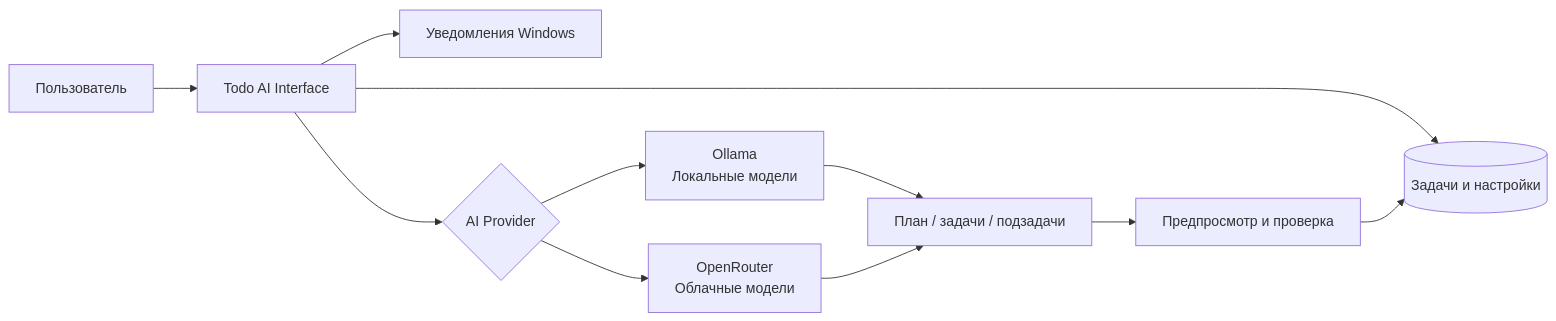
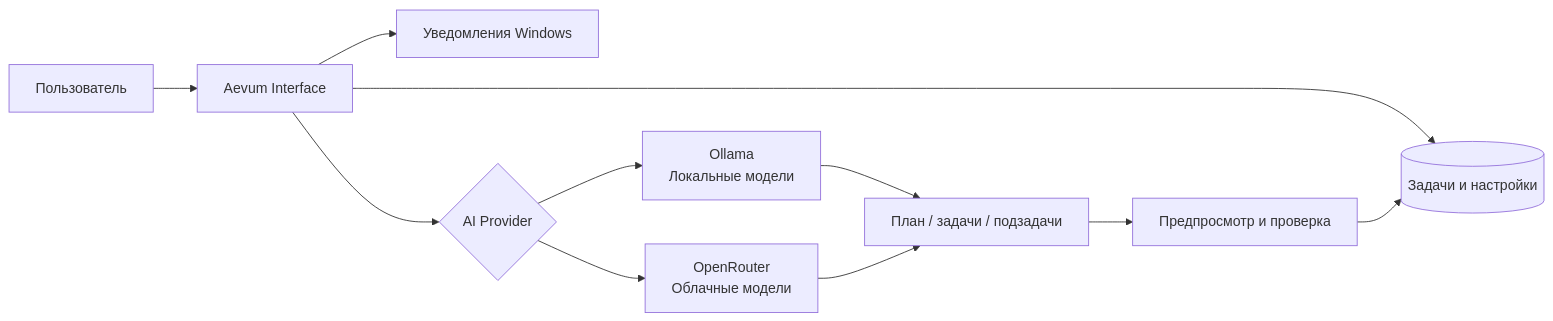
One commit to ArturKamnev/aevum changed the diagram in README.md. Above: the diagram before and after it, drawn with Mermaid. The commit also changed other lines of this file and 17 other files, not shown here.

Commit message:
Rebrand app to Aevum

````diff
--- a/README.md
+++ b/README.md
@@ -148,17 +148,17 @@
 ```mermaid
 flowchart LR
-    User[Пользователь] --> App[Todo AI Interface]
+    User[Пользователь] --> App[Aevum Interface]
 
     App --> Tasks[(Задачи и настройки)]
     App --> Alerts[Уведомления Windows]
     App --> AI{AI Provider}
 
     AI --> Local[Ollama<br/>Локальные модели]
     AI --> Cloud[OpenRouter<br/>Облачные модели]
 
     Local --> Result[План / задачи / подзадачи]
     Cloud --> Result
 
     Result --> Review[Предпросмотр и проверка]
     Review --> Tasks
 ```
````
